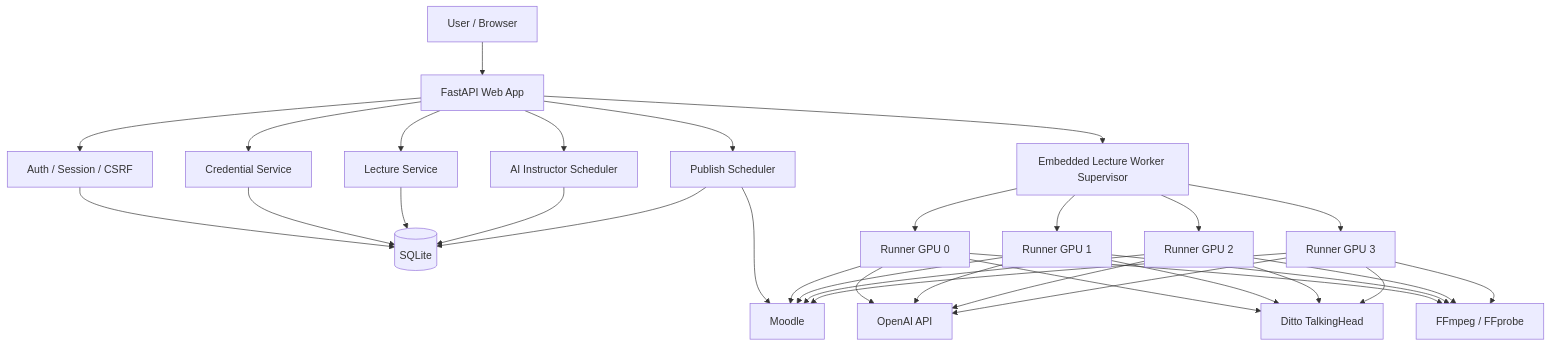
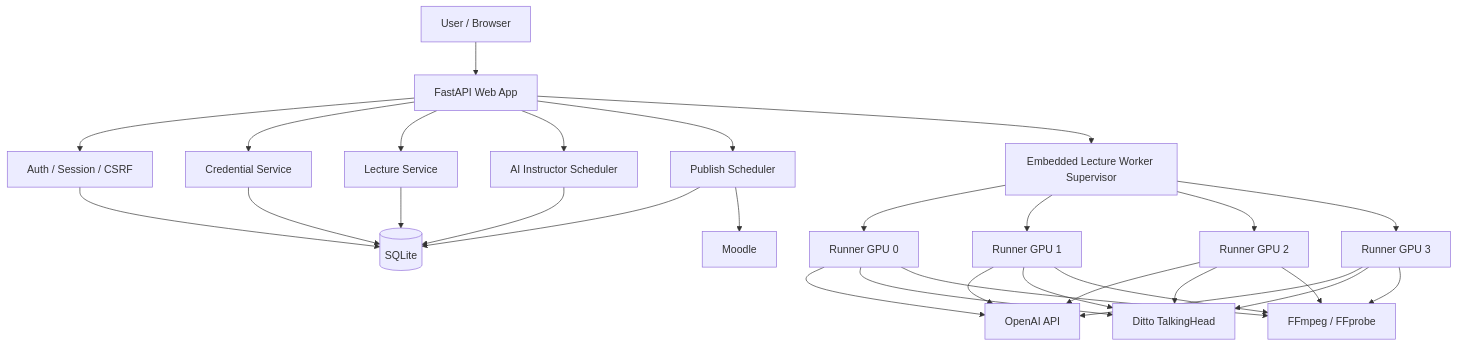
The diagram in README.MD (hallym-aiedu-center/ai_prof_lite), drawn with Mermaid before and after one commit. The commit also changed other lines of this file, not shown here.

````diff
--- a/README.MD
+++ b/README.MD
@@ -133,43 +511,39 @@
 ```mermaid
 flowchart TD
     U[User / Browser] --> F[FastAPI Web App]
 
     F --> A[Auth / Session / CSRF]
     F --> C[Credential Service]
     F --> L[Lecture Service]
     F --> I[AI Instructor Scheduler]
     F --> P[Publish Scheduler]
 
     A --> DB[(SQLite)]
     C --> DB
     L --> DB
     I --> DB
     P --> DB
 
     F --> W[Embedded Lecture Worker Supervisor]
     W --> R1[Runner GPU 0]
     W --> R2[Runner GPU 1]
     W --> R3[Runner GPU 2]
     W --> R4[Runner GPU 3]
 
     R1 --> OAI[OpenAI API]
     R2 --> OAI
     R3 --> OAI
     R4 --> OAI
 
     R1 --> D[Ditto TalkingHead]
     R2 --> D
     R3 --> D
     R4 --> D
 
     R1 --> FF[FFmpeg / FFprobe]
     R2 --> FF
     R3 --> FF
     R4 --> FF
 
     P --> M[Moodle]
-    R1 --> M
-    R2 --> M
-    R3 --> M
-    R4 --> M
 ```
````
